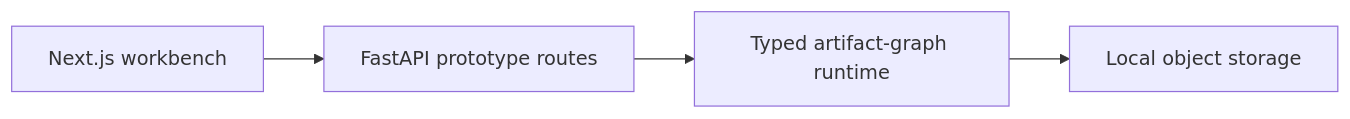
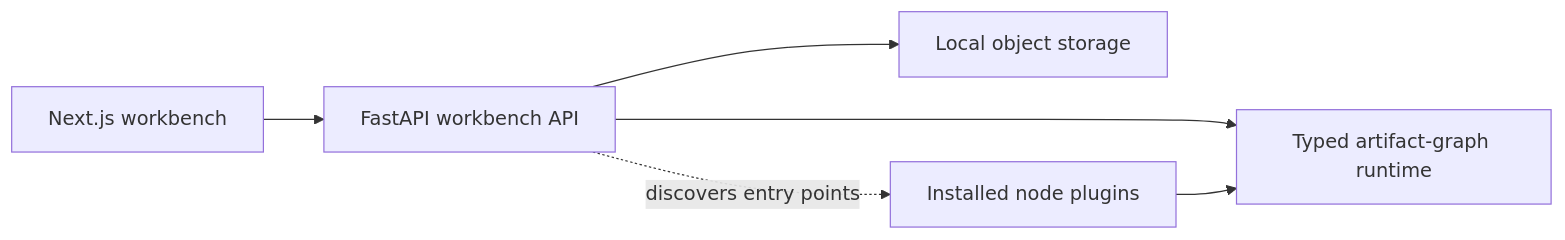
Before and after one commit to artpods56/KUL_IDUB_EcclesialSchematisms: the diagram in README.md, drawn with Mermaid. The commit also changed other lines of this file and 3 other files, not shown here.

````diff
--- a/README.md
+++ b/README.md
@@ -15,6 +21,8 @@
 ```mermaid
 flowchart LR
-    Web["Next.js workbench"] --> API["FastAPI prototype routes"]
+    Web["Next.js workbench"] --> API["FastAPI workbench API"]
     API --> Core["Typed artifact-graph runtime"]
-    Core --> Storage["Local object storage"]
+    API --> Storage["Local object storage"]
+    API -. "discovers entry points" .-> Plugins["Installed node plugins"]
+    Plugins --> Core
 ```
````
